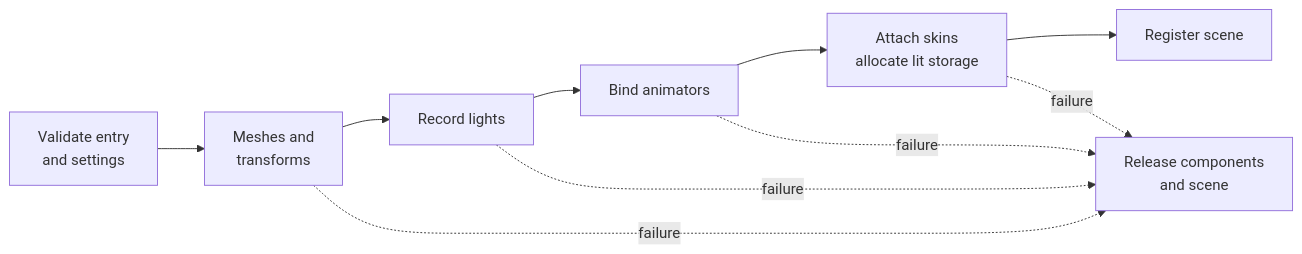
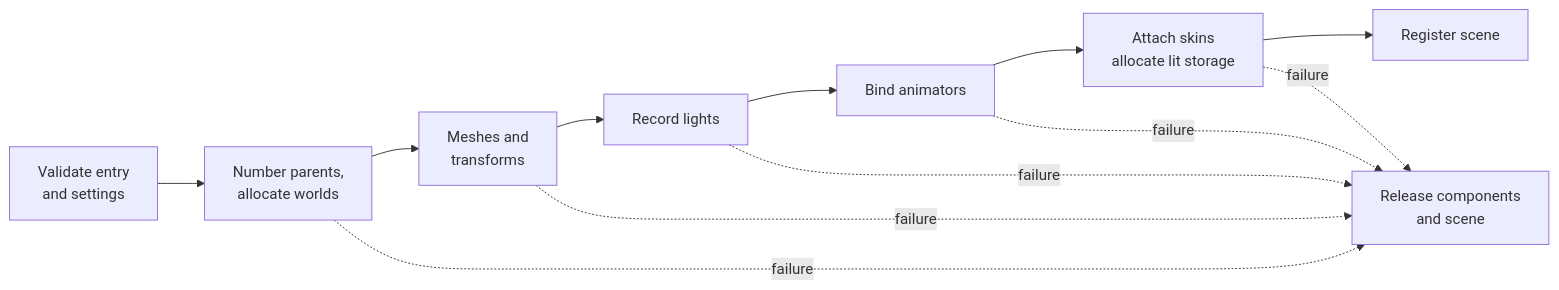
One commit to jose-villegas/autana changed the second of 2 diagrams in docs/render/Scene-Manager.md. Above: the diagram before and after it, drawn with Mermaid. The commit also changed other lines of this file and 11 other files, not shown here.

````diff
--- a/docs/render/Scene-Manager.md
+++ b/docs/render/Scene-Manager.md
@@ -171,9 +172,10 @@
 ```mermaid
 flowchart LR
-    Entry["Validate entry<br/>and settings"] --> Mesh["Meshes and<br/>transforms"]
+    Entry["Validate entry<br/>and settings"] --> Worlds["Number parents,<br/>allocate worlds"]
+    Worlds --> Mesh["Meshes and<br/>transforms"]
     Mesh --> Lights["Record lights"]
     Lights --> Anim["Bind animators"]
     Anim --> Skins["Attach skins<br/>allocate lit storage"]
     Skins --> Ready["Register scene"]
-    Mesh & Lights & Anim & Skins -. failure .-> Cleanup["Release components<br/>and scene"]
+    Worlds & Mesh & Lights & Anim & Skins -. failure .-> Cleanup["Release components<br/>and scene"]
 ```
````
